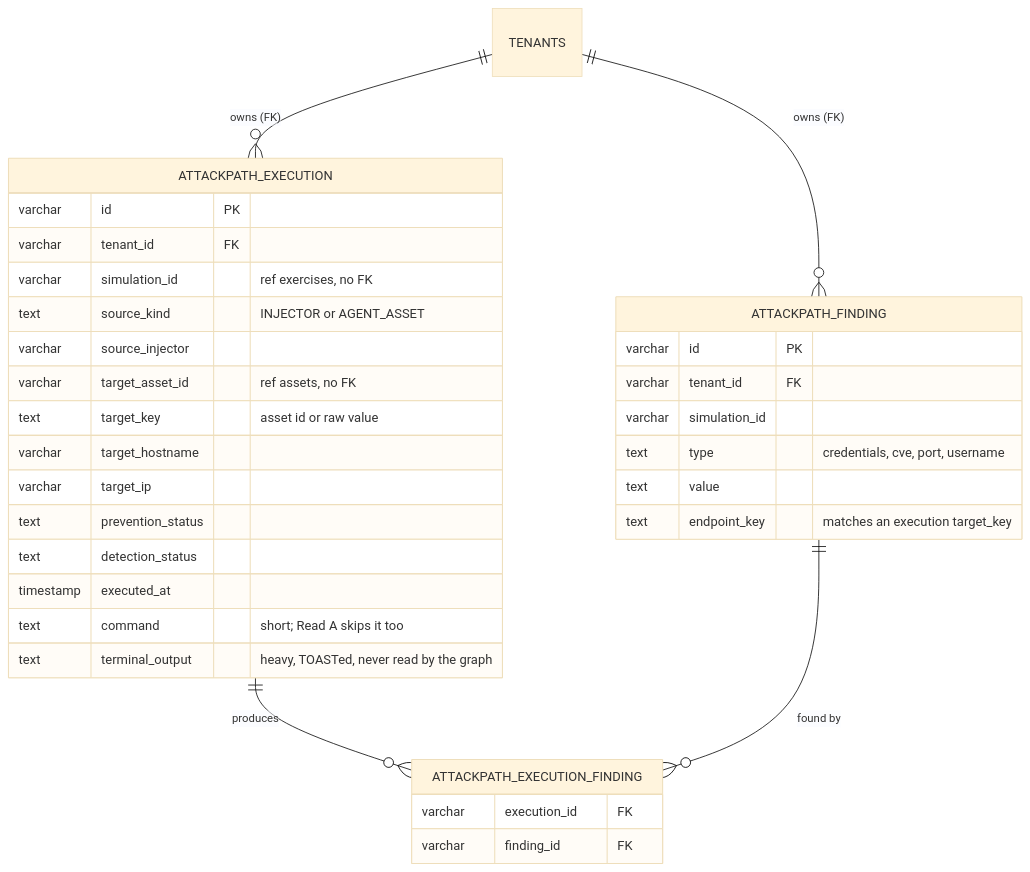
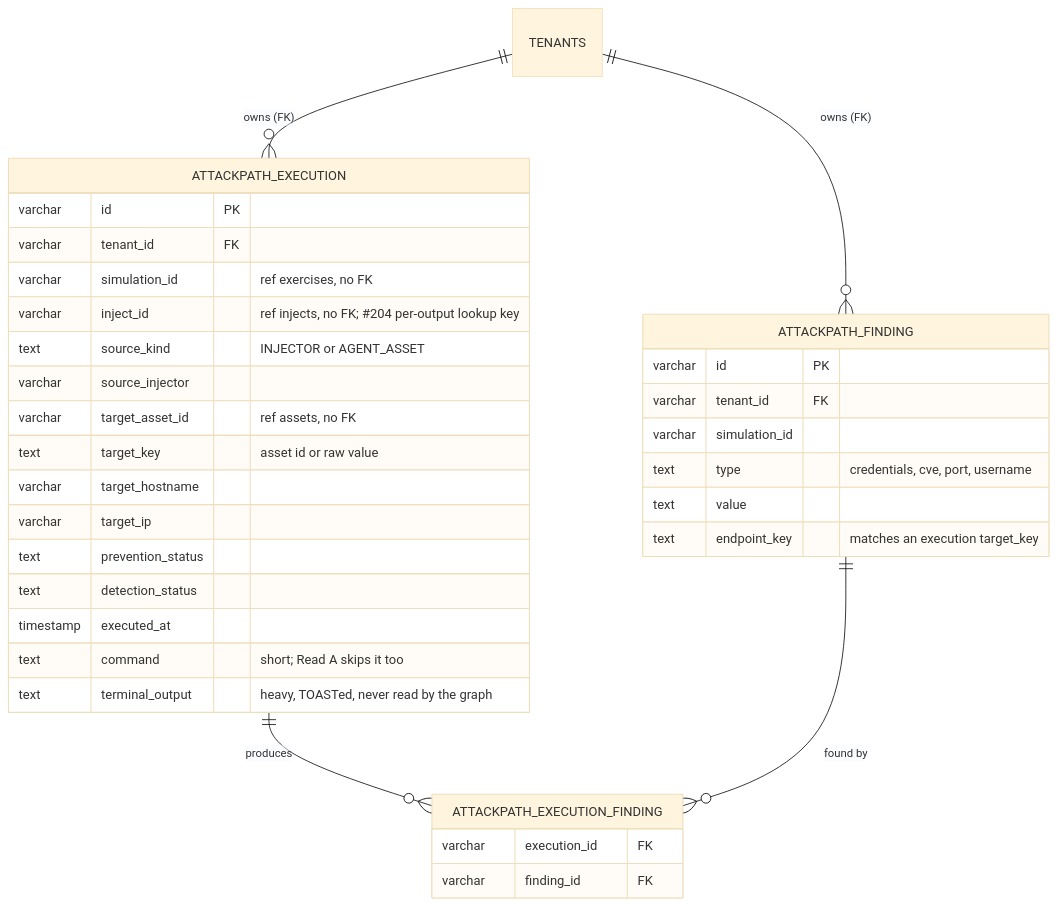
The second of 5 diagrams in docs/docs/development/attack-path.md (OpenAEV-Platform/openaev), drawn with Mermaid (base theme) before and after one commit. The commit also changed 4 other files, not shown here.

First line of the commit message:
feat(chaining): add the inject_id lookup key to attack-path execution rows (#5048)

````diff
--- a/docs/docs/development/attack-path.md
+++ b/docs/docs/development/attack-path.md
@@ -47,35 +47,36 @@
 ```mermaid
 erDiagram
     TENANTS ||--o{ ATTACKPATH_EXECUTION : "owns (FK)"
     TENANTS ||--o{ ATTACKPATH_FINDING : "owns (FK)"
     ATTACKPATH_EXECUTION ||--o{ ATTACKPATH_EXECUTION_FINDING : "produces"
     ATTACKPATH_FINDING ||--o{ ATTACKPATH_EXECUTION_FINDING : "found by"
     ATTACKPATH_EXECUTION {
         varchar id PK
         varchar tenant_id FK
         varchar simulation_id "ref exercises, no FK"
+        varchar inject_id "ref injects, no FK; #204 per-output lookup key"
         text source_kind "INJECTOR or AGENT_ASSET"
         varchar source_injector
         varchar target_asset_id "ref assets, no FK"
         text target_key "asset id or raw value"
         varchar target_hostname
         varchar target_ip
         text prevention_status
         text detection_status
         timestamp executed_at
         text command "short; Read A skips it too"
         text terminal_output "heavy, TOASTed, never read by the graph"
     }
     ATTACKPATH_FINDING {
         varchar id PK
         varchar tenant_id FK
         varchar simulation_id
         text type "credentials, cve, port, username"
         text value
         text endpoint_key "matches an execution target_key"
     }
     ATTACKPATH_EXECUTION_FINDING {
         varchar execution_id FK
         varchar finding_id FK
     }
 ```
````
